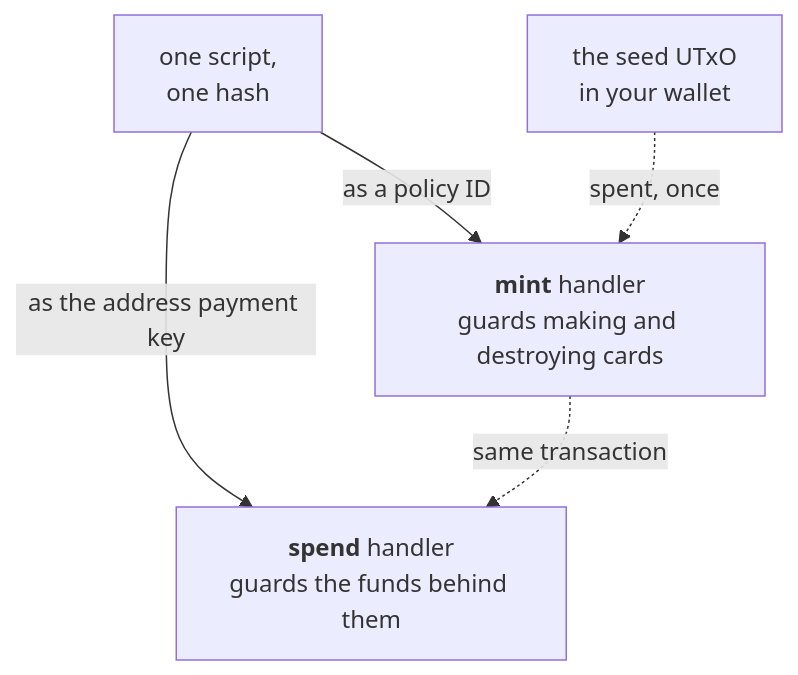
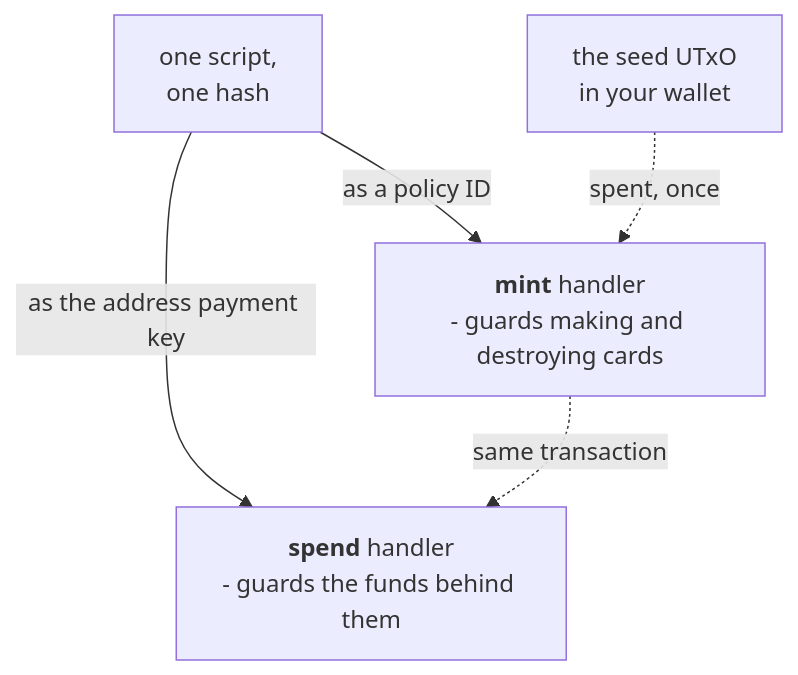
The third of 4 diagrams in docs/developers/onboarding/lectures/intermediate/11-multi-validators.md (cardano-foundation/developer-portal), drawn with Mermaid before and after one commit. The commit also changed other lines of this file and 8 other files, not shown here.

````diff
--- a/docs/developers/onboarding/lectures/intermediate/11-multi-validators.md
+++ b/docs/developers/onboarding/lectures/intermediate/11-multi-validators.md
@@ -144,10 +133,10 @@
 ```mermaid
 flowchart TD
     S["one script,<br/>one hash"] -->|as a policy ID| M["`**mint** handler
-    guards making and destroying cards`"]
+    - guards making and destroying cards`"]
     S -->|as the address payment key| P["`**spend** handler
-    guards the funds behind them`"]
+    - guards the funds behind them`"]
 
     U["the seed UTxO<br/>in your wallet"] -.->|"spent, once"| M
     M -.->|"same transaction"| P
 ```
````
